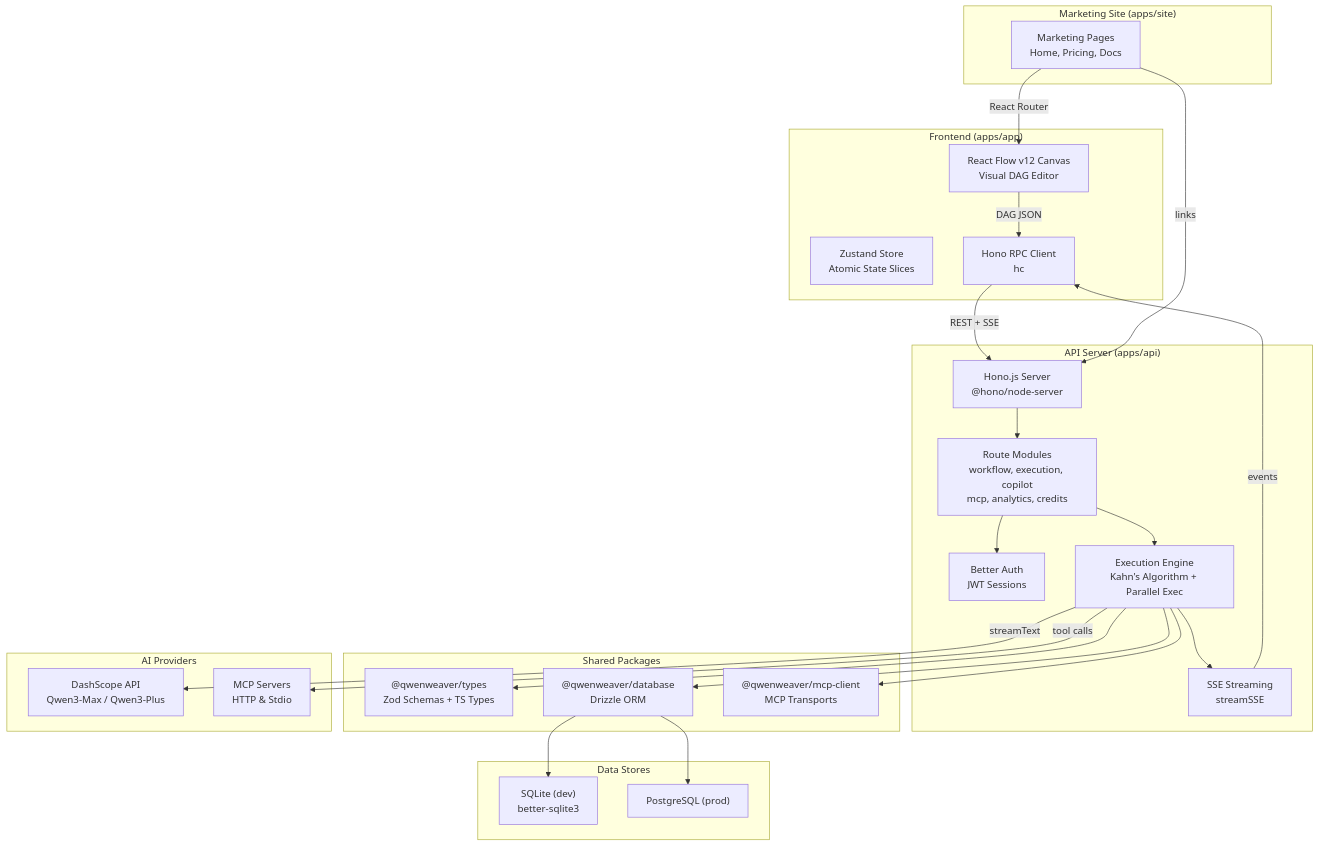
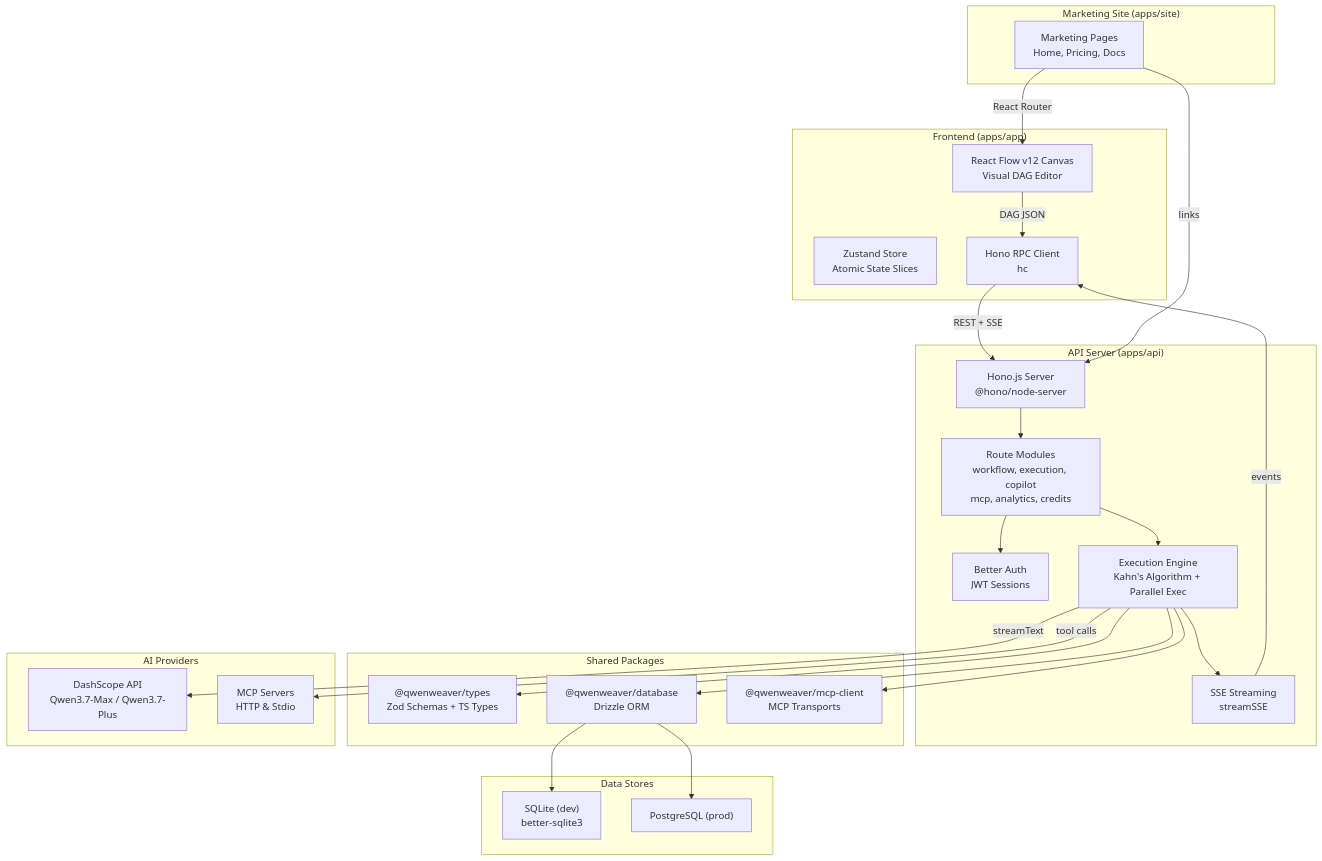
The diagram in ARCHITECTURE.md (koredeycode/QwenWeaver), drawn with Mermaid before and after one commit. The commit also changed other lines of this file and 13 other files, not shown here.

````diff
--- a/ARCHITECTURE.md
+++ b/ARCHITECTURE.md
@@ -9,54 +17,54 @@
 ```mermaid
 flowchart TB
     subgraph "Frontend (apps/app)"
         Canvas["React Flow v12 Canvas<br/>Visual DAG Editor"]
         Store["Zustand Store<br/>Atomic State Slices"]
         API_Client["Hono RPC Client<br/>hc"]
     end
 
     subgraph "Marketing Site (apps/site)"
         Pages["Marketing Pages<br/>Home, Pricing, Docs"]
     end
 
     subgraph "API Server (apps/api)"
         Hono["Hono.js Server<br/>@hono/node-server"]
         Auth["Better Auth<br/>JWT Sessions"]
         Routes["Route Modules<br/>workflow, execution, copilot<br/>mcp, analytics, credits"]
         Engine["Execution Engine<br/>Kahn's Algorithm + Parallel Exec"]
         SSE["SSE Streaming<br/>streamSSE"]
     end
 
     subgraph "Shared Packages"
         Types["@qwenweaver/types<br/>Zod Schemas + TS Types"]
         DB["@qwenweaver/database<br/>Drizzle ORM"]
         MCP["@qwenweaver/mcp-client<br/>MCP Transports"]
     end
 
     subgraph "Data Stores"
         SQLite["SQLite (dev)<br/>better-sqlite3"]
         PostgreSQL["PostgreSQL (prod)"]
     end
 
     subgraph "AI Providers"
-        DashScope["DashScope API<br/>Qwen3-Max / Qwen3-Plus"]
+        DashScope["DashScope API<br/>Qwen3.7-Max / Qwen3.7-Plus"]
         MCP_Servers["MCP Servers<br/>HTTP & Stdio"]
     end
 
     Canvas -->|"DAG JSON"| API_Client
     API_Client -->|"REST + SSE"| Hono
     Hono --> Routes
     Routes --> Engine
     Engine --> SSE
     SSE -->|"events"| API_Client
     Routes --> Auth
     Engine --> Types
     Engine --> DB
     Engine --> MCP
     DB --> SQLite
     DB --> PostgreSQL
     Engine -->|"streamText"| DashScope
     Engine -->|"tool calls"| MCP_Servers
 
     Pages -->|"React Router"| Canvas
     Pages -->|"links"| Hono
 ```
````
